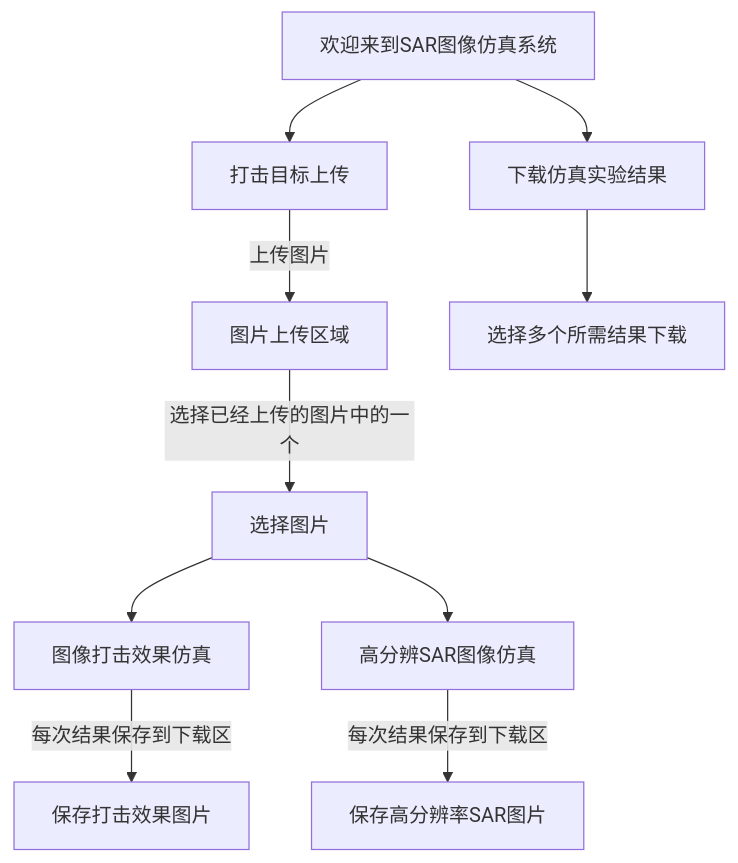
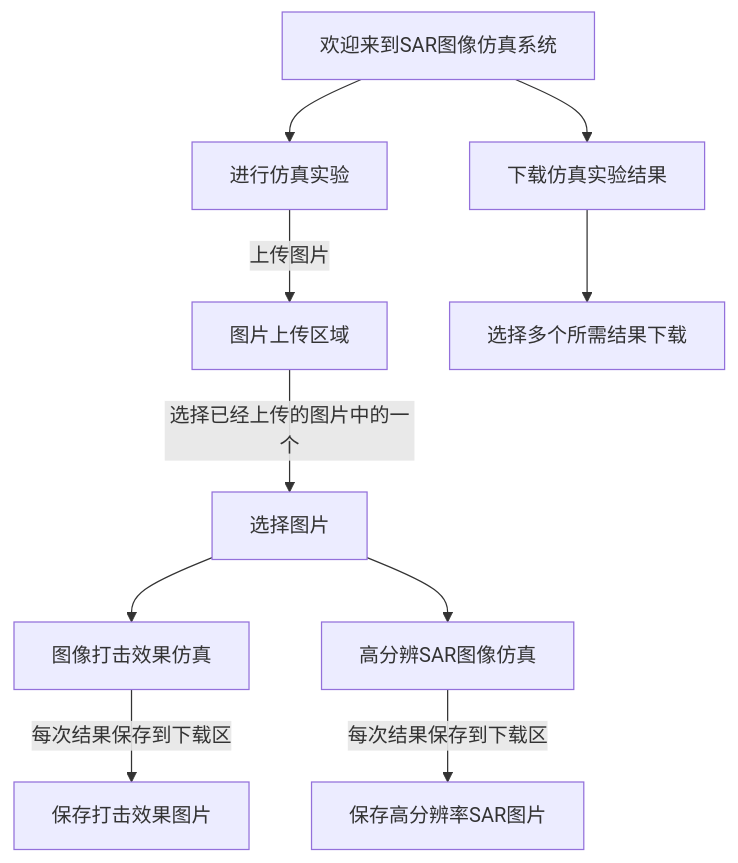
Before and after one commit to NUAAteam/SAR: the diagram in 界面绘图.md, drawn with Mermaid.

````diff
--- a/界面绘图.md
+++ b/界面绘图.md
@@ -1,24 +1,24 @@
 ```mermaid
 graph TD
   A[欢迎来到SAR图像仿真系统]
-  B[打击目标上传] 
+  B[进行仿真实验] 
   C[图片上传区域]
   E[选择图片]
   F[图像打击效果仿真]
   G[高分辨SAR图像仿真]
   J[下载仿真实验结果]
   J1[选择多个所需结果下载]
   H1[保存打击效果图片]
   H2[保存高分辨率SAR图片]
   A --> B
   B --> |上传图片|C
   C --> |选择已经上传的图片中的一个|E
   E --> F
   E --> G
   F --> |每次结果保存到下载区|H1
   G --> |每次结果保存到下载区|H2
   A-->J
   J-->J1
 
 
 ```
````
